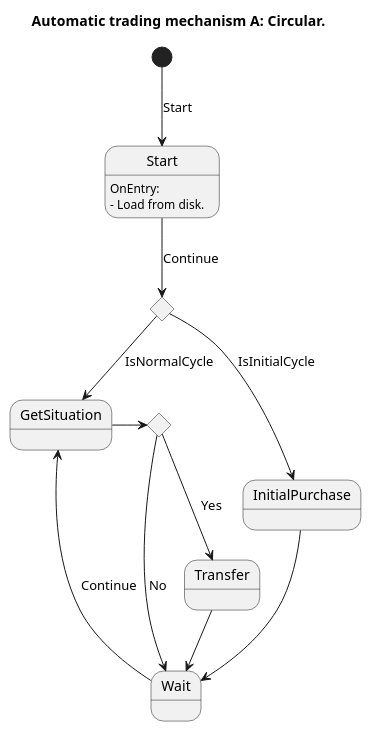
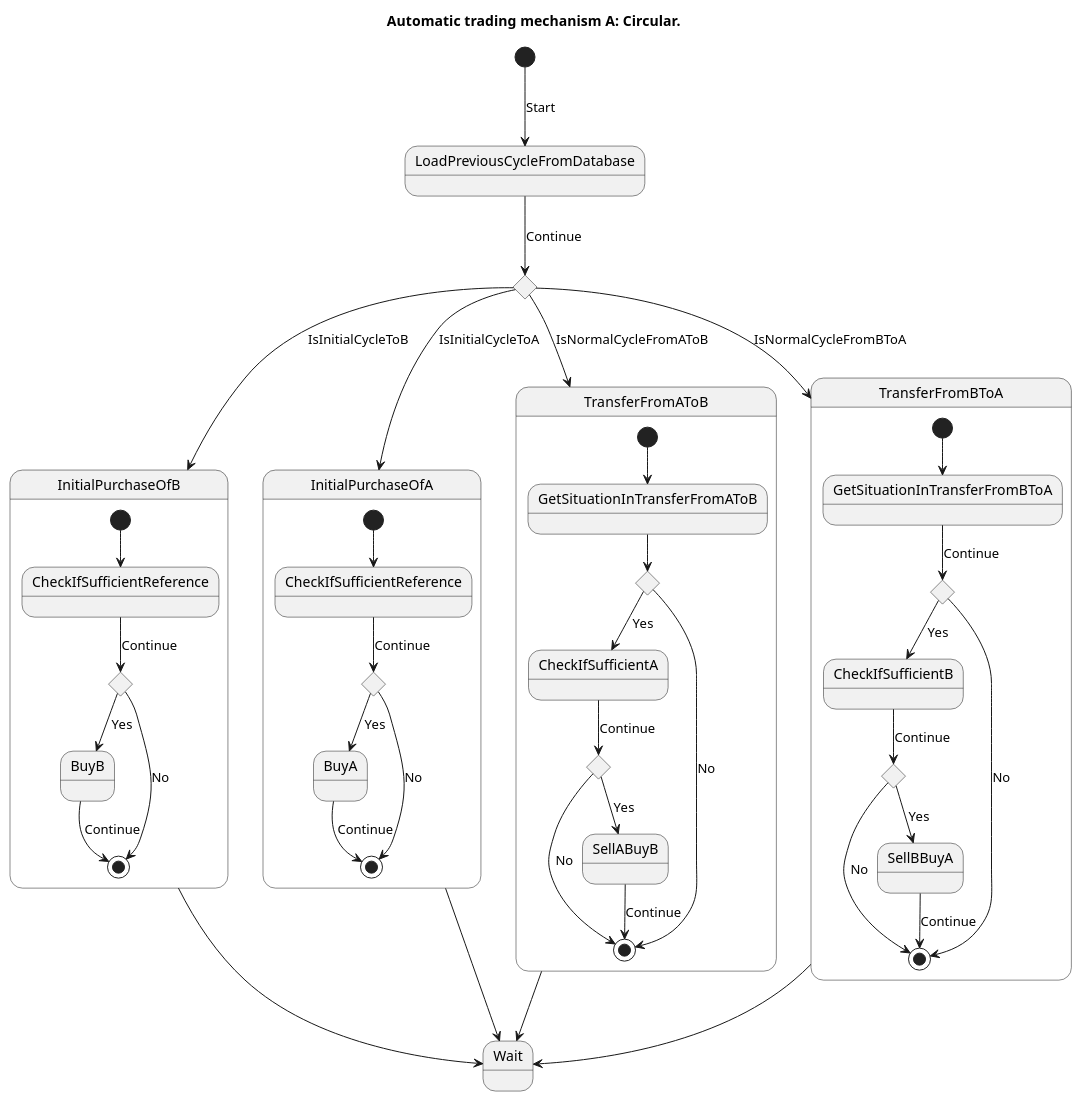
One commit to vrenken/EtAlii.CryptoMagic changed the diagram in EtAlii.BinanceMagic.Service/Trading/Circular/Algorithm/CircularSequence.puml. Above: the diagram before and after it, drawn with PlantUML. The commit also changed 6 other files, not shown here.

```diff
--- a/EtAlii.BinanceMagic.Service/Trading/Circular/Algorithm/CircularSequence.puml
+++ b/EtAlii.BinanceMagic.Service/Trading/Circular/Algorithm/CircularSequence.puml
@@ -1,29 +1,70 @@
 @startuml
 'stateless namespace EtAlii.BinanceMagic.Service
 'stateless class CircularSequenceBase
 
 title Automatic trading mechanism A: Circular.
 
-state CheckIfInitialCycle <<choice>>
-state TransferIsWorthIt <<choice>>
+state CheckWhatCycle <<choice>>
 
-[*] --> Start : Start
-Start --> CheckIfInitialCycle : Continue
-Start : OnEntry:
-Start : - Load from disk.
+state InitialPurchaseOfB {
+    state "BuyB" as BuyBInInitialCycle
+    state "CheckIfSufficientReference" as CheckIfSufficientReferenceInInitialPurchaseOfB
+    state "HasSufficientReference" as HasSufficientReferenceInInitialPurchaseOfB <<choice>>
+    [*] --> CheckIfSufficientReferenceInInitialPurchaseOfB
+    CheckIfSufficientReferenceInInitialPurchaseOfB --> HasSufficientReferenceInInitialPurchaseOfB : Continue
+    HasSufficientReferenceInInitialPurchaseOfB --> BuyBInInitialCycle : Yes
+    HasSufficientReferenceInInitialPurchaseOfB --> [*] : No 
+    BuyBInInitialCycle --> [*] : Continue
+}
 
-CheckIfInitialCycle --> InitialPurchase : IsInitialCycle
-CheckIfInitialCycle --> GetSituation : IsNormalCycle
+state InitialPurchaseOfA {
+    state "BuyA" as BuyAInInitialCycle
+    state "CheckIfSufficientReference" as CheckIfSufficientReferenceInInitialPurchaseOfA
+    state "HasSufficientReference" as HasSufficientReferenceInInitialPurchaseOfA <<choice>>
+    [*] --> CheckIfSufficientReferenceInInitialPurchaseOfA
+    CheckIfSufficientReferenceInInitialPurchaseOfA --> HasSufficientReferenceInInitialPurchaseOfA : Continue
+    HasSufficientReferenceInInitialPurchaseOfA --> BuyAInInitialCycle : Yes      
+    HasSufficientReferenceInInitialPurchaseOfA --> [*] : No      
+    BuyAInInitialCycle --> [*] : Continue
+}
 
-InitialPurchase --> Wait
+state TransferFromAToB {
+    [*] --> GetSituationInTransferFromAToB
+    state TransferFromAToBIsWorthIt <<choice>>
+    state HasSufficientA <<choice>>
+    GetSituationInTransferFromAToB --> TransferFromAToBIsWorthIt 
 
-GetSituation -> TransferIsWorthIt
+    TransferFromAToBIsWorthIt --> CheckIfSufficientA : Yes
+    TransferFromAToBIsWorthIt --> [*] : No
+    CheckIfSufficientA --> HasSufficientA : Continue
+    HasSufficientA --> [*] : No
+    HasSufficientA --> SellABuyB : Yes 
+    SellABuyB --> [*] : Continue
+}
+state TransferFromBToA {
+    [*] --> GetSituationInTransferFromBToA
+    state TransferFromBToAIsWorthIt <<choice>>
+    state HasSufficientB <<choice>>
+    GetSituationInTransferFromBToA --> TransferFromBToAIsWorthIt : Continue
+    TransferFromBToAIsWorthIt --> CheckIfSufficientB : Yes
+    TransferFromBToAIsWorthIt --> [*] : No
+    CheckIfSufficientB --> HasSufficientB : Continue
+    HasSufficientB --> [*] : No
+    HasSufficientB --> SellBBuyA : Yes 
+    SellBBuyA --> [*] : Continue
+}
 
-TransferIsWorthIt --> Transfer : Yes
-TransferIsWorthIt --> Wait : No
+[*] --> LoadPreviousCycleFromDatabase : Start
+LoadPreviousCycleFromDatabase --> CheckWhatCycle : Continue
 
-Transfer --> Wait
+CheckWhatCycle --> InitialPurchaseOfA : IsInitialCycleToA
+CheckWhatCycle --> InitialPurchaseOfB : IsInitialCycleToB
+CheckWhatCycle --> TransferFromAToB : IsNormalCycleFromAToB
+CheckWhatCycle --> TransferFromBToA : IsNormalCycleFromBToA
 
-Wait -up-> GetSituation : Continue
+InitialPurchaseOfA --> Wait 
+InitialPurchaseOfB --> Wait 
+TransferFromAToB --> Wait 
+TransferFromBToA --> Wait 
 
 @enduml
```
